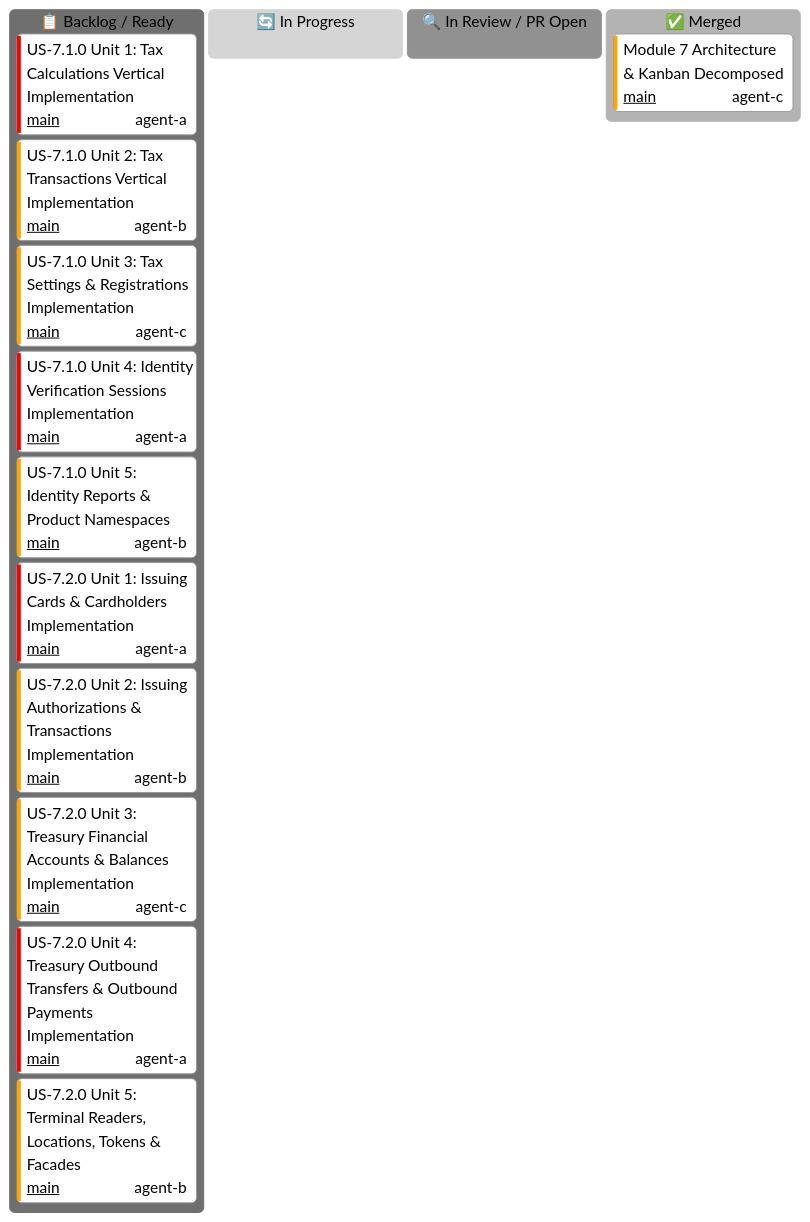
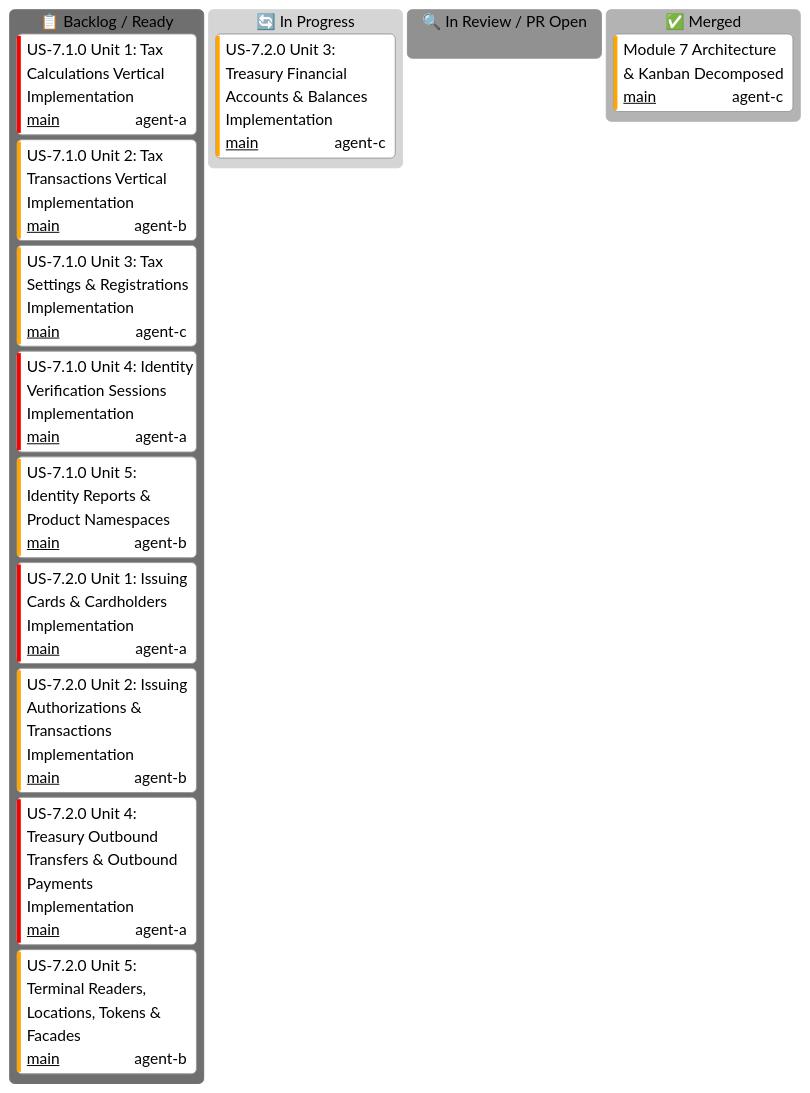
One commit to some-of-cs/some-stripe changed the diagram in docs/user-stories/module-7-specialized-product-namespaces/KANBAN.md. Above: the diagram before and after it, drawn with Mermaid (neutral theme). The commit also changed other lines of this file and 7 other files, not shown here.

Commit message:
feat(us-7.2.0/unit-3): treasury financial accounts and balances domain entities and client resource

````diff
--- a/docs/user-stories/module-7-specialized-product-namespaces/KANBAN.md
+++ b/docs/user-stories/module-7-specialized-product-namespaces/KANBAN.md
@@ -16,23 +16,23 @@
 ```mermaid
 ---
 config:
   kanban:
     ticketBaseUrl: 'https://github.com/some-of-cs/some-stripe/pull/#TICKET#'
 ---
 kanban
   todo[📋 Backlog / Ready]
     us71_u1[US-7.1.0 Unit 1: Tax Calculations Vertical Implementation]@{ ticket: 'main', assigned: 'agent-a', priority: 'Very High' }
     us71_u2[US-7.1.0 Unit 2: Tax Transactions Vertical Implementation]@{ ticket: 'main', assigned: 'agent-b', priority: 'High' }
     us71_u3[US-7.1.0 Unit 3: Tax Settings & Registrations Implementation]@{ ticket: 'main', assigned: 'agent-c', priority: 'High' }
     us71_u4[US-7.1.0 Unit 4: Identity Verification Sessions Implementation]@{ ticket: 'main', assigned: 'agent-a', priority: 'Very High' }
     us71_u5[US-7.1.0 Unit 5: Identity Reports & Product Namespaces]@{ ticket: 'main', assigned: 'agent-b', priority: 'High' }
     us72_u1[US-7.2.0 Unit 1: Issuing Cards & Cardholders Implementation]@{ ticket: 'main', assigned: 'agent-a', priority: 'Very High' }
     us72_u2[US-7.2.0 Unit 2: Issuing Authorizations & Transactions Implementation]@{ ticket: 'main', assigned: 'agent-b', priority: 'High' }
-    us72_u3[US-7.2.0 Unit 3: Treasury Financial Accounts & Balances Implementation]@{ ticket: 'main', assigned: 'agent-c', priority: 'High' }
     us72_u4[US-7.2.0 Unit 4: Treasury Outbound Transfers & Outbound Payments Implementation]@{ ticket: 'main', assigned: 'agent-a', priority: 'Very High' }
     us72_u5[US-7.2.0 Unit 5: Terminal Readers, Locations, Tokens & Facades]@{ ticket: 'main', assigned: 'agent-b', priority: 'High' }
   in_progress[🔄 In Progress]
+    us72_u3[US-7.2.0 Unit 3: Treasury Financial Accounts & Balances Implementation]@{ ticket: 'main', assigned: 'agent-c', priority: 'High' }
   in_review[🔍 In Review / PR Open]
   done[✅ Merged]
     m7_init[Module 7 Architecture & Kanban Decomposed]@{ ticket: 'main', assigned: 'agent-c', priority: 'High' }
 ```
````
